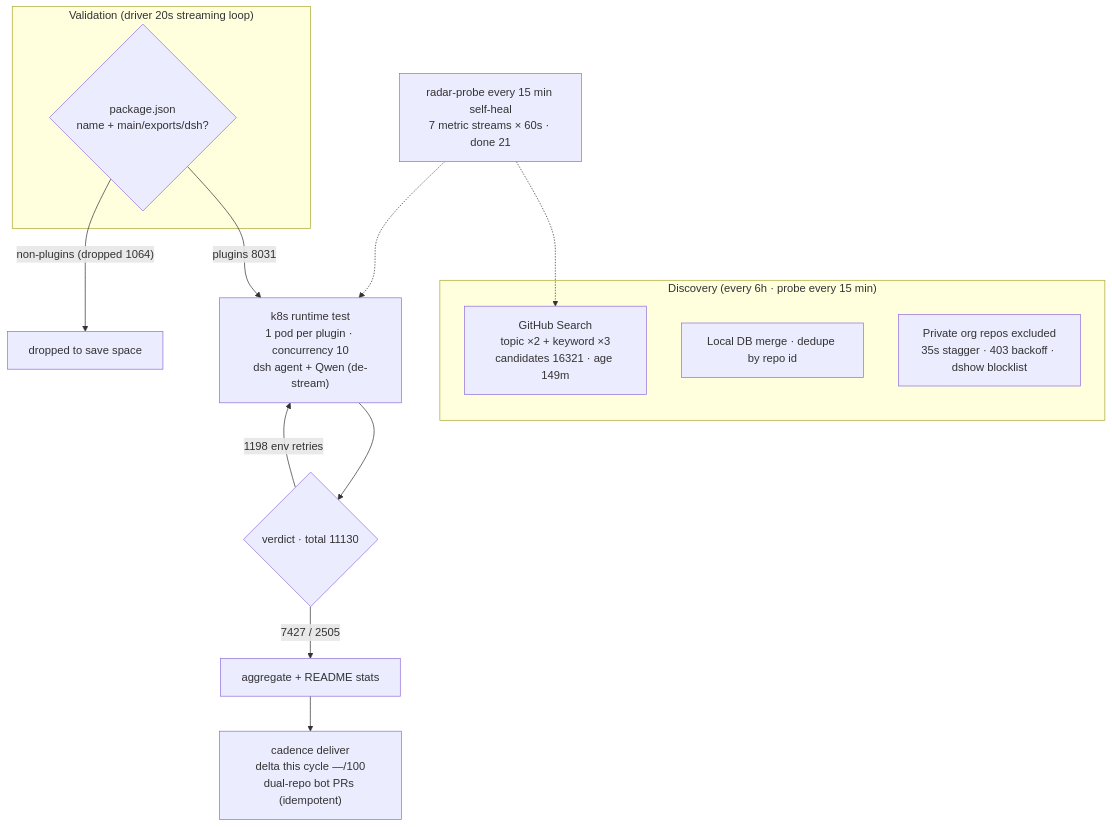
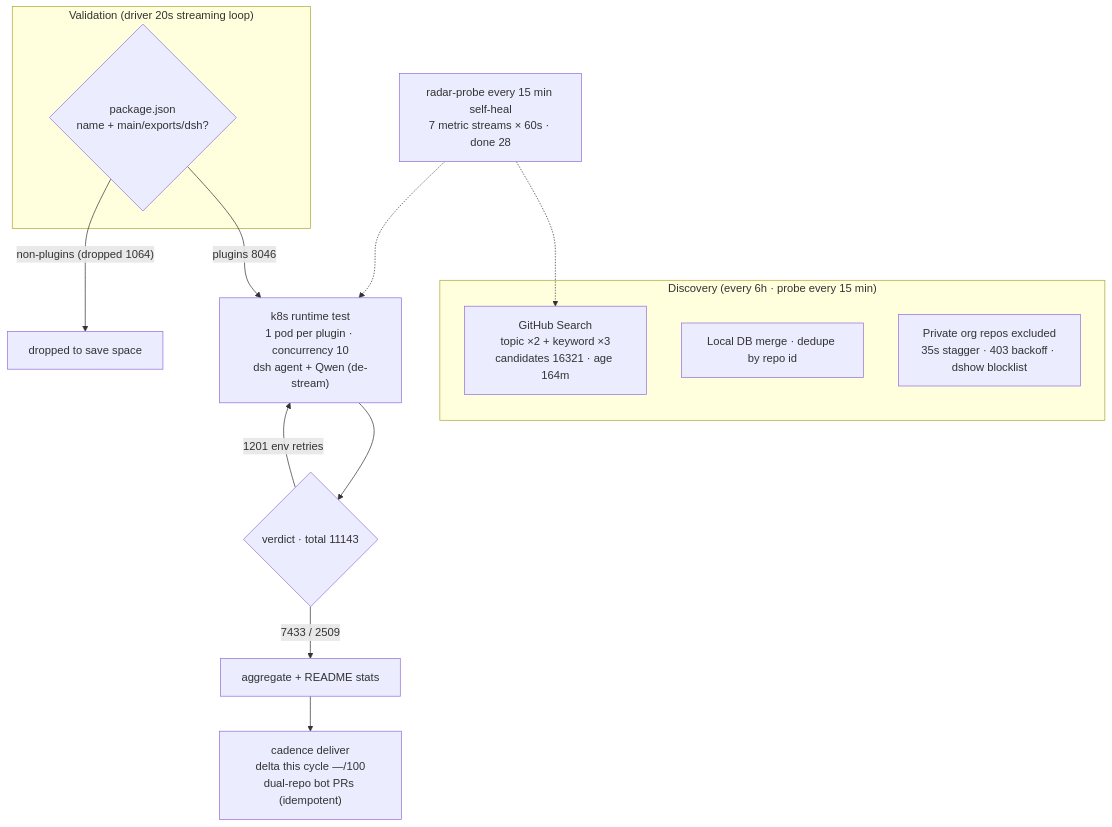
One commit to AdamPlatin123/awesome-dsh-plugins changed the diagram in README.en-US.md. Above: the diagram before and after it, drawn with Mermaid. The commit also changed other lines of this file and 5 other files, not shown here.

````diff
--- a/README.en-US.md
+++ b/README.en-US.md
@@ -45,20 +45,20 @@
 ```mermaid
 flowchart TB
     subgraph Discovery["Discovery (every 6h · probe every 15 min)"]
-        A1["GitHub Search<br/>topic ×2 + keyword ×3<br/>candidates 16321 · age 149m"]
+        A1["GitHub Search<br/>topic ×2 + keyword ×3<br/>candidates 16321 · age 164m"]
         A2["Local DB merge · dedupe by repo id"]
         A3["Private org repos excluded<br/>35s stagger · 403 backoff · dshow blocklist"]
     end
     subgraph Validation["Validation (driver 20s streaming loop)"]
         B1{"package.json<br/>name + main/exports/dsh?"}
     end
-    B1 -->|"plugins 8031"| C1["k8s runtime test<br/>1 pod per plugin · concurrency 10<br/>dsh agent + Qwen (de-stream)"]
+    B1 -->|"plugins 8046"| C1["k8s runtime test<br/>1 pod per plugin · concurrency 10<br/>dsh agent + Qwen (de-stream)"]
     B1 -->|"non-plugins (dropped 1064)"| B3["dropped to save space"]
-    C1 --> D1{"verdict · total 11130"}
-    D1 -->|"7427 / 2505"| E1["aggregate + README stats"]
-    D1 -->|"1198 env retries"| C1
+    C1 --> D1{"verdict · total 11143"}
+    D1 -->|"7433 / 2509"| E1["aggregate + README stats"]
+    D1 -->|"1201 env retries"| C1
     E1 --> E2["cadence deliver<br/>delta this cycle —/100<br/>dual-repo bot PRs (idempotent)"]
-    M["radar-probe every 15 min self-heal<br/>7 metric streams × 60s · done 21"]
+    M["radar-probe every 15 min self-heal<br/>7 metric streams × 60s · done 28"]
     M -.-> A1
     M -.-> C1
 ```
````
